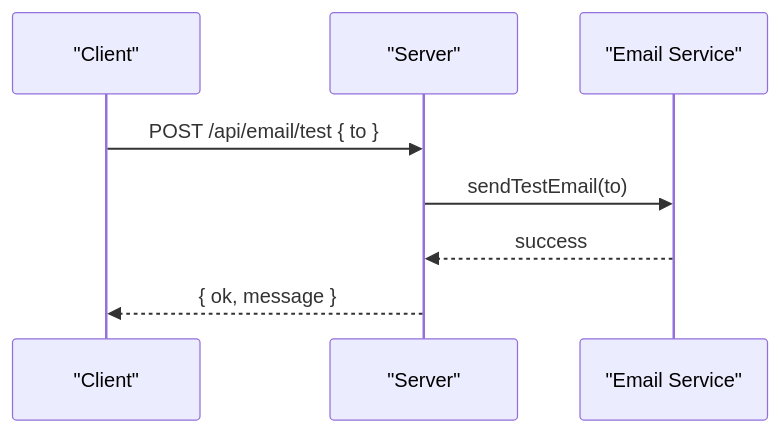
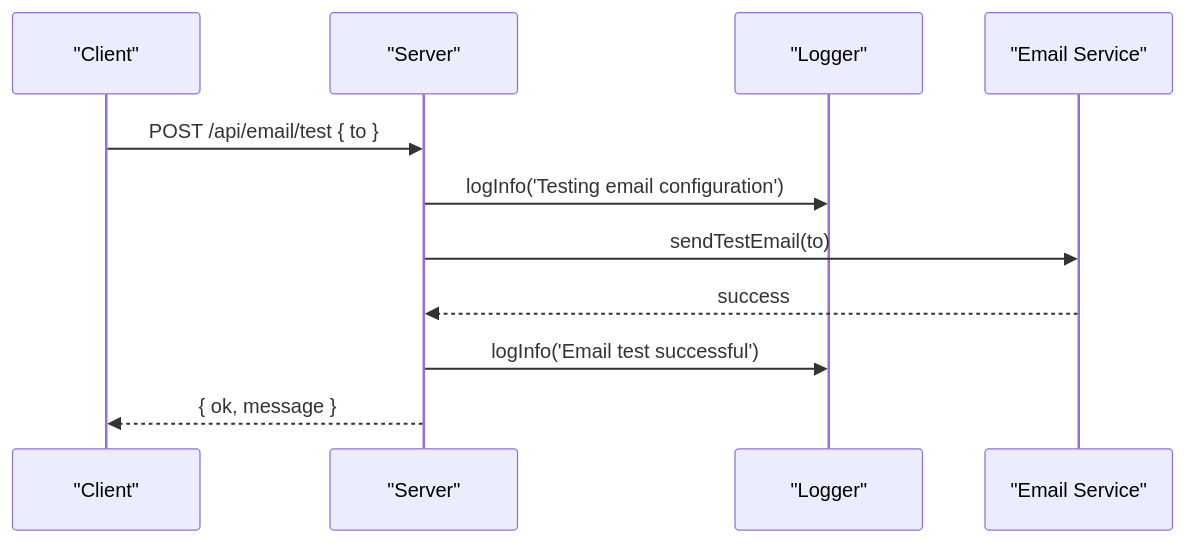
The eighth of 11 diagrams in .qoder/repowiki/en/content/API Reference/Phase 2 API Endpoints.md (aravinthraj-ramalingam/Groww-App-Review-Insights-Analyzer-), drawn with Mermaid before and after one commit. The commit also changed other lines of this file and 10 other files, not shown here.

````diff
--- a/.qoder/repowiki/en/content/API Reference/Phase 2 API Endpoints.md
+++ b/.qoder/repowiki/en/content/API Reference/Phase 2 API Endpoints.md
@@ -483,10 +554,13 @@
 ```mermaid
 sequenceDiagram
 participant C as "Client"
 participant S as "Server"
+participant L as "Logger"
 participant E as "Email Service"
 C->>S : POST /api/email/test { to }
+S->>L : logInfo('Testing email configuration')
 S->>E : sendTestEmail(to)
 E-->>S : success
+S->>L : logInfo('Email test successful')
 S-->>C : { ok, message }
 ```
````
